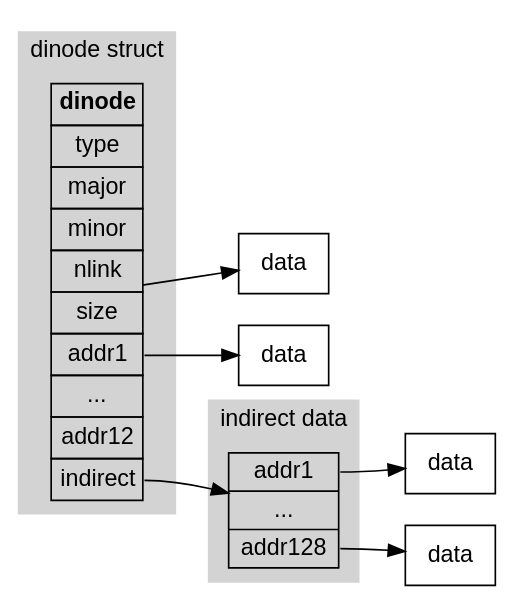
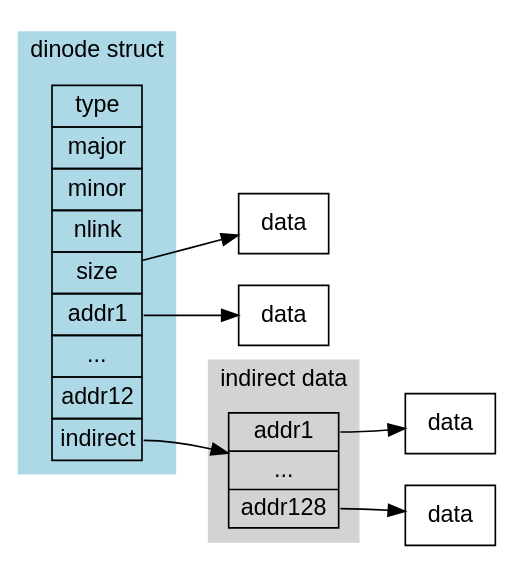
One commit to Jeanhwea/xv6-course changed the diagram in img/dinode.dot. Above: the diagram before and after it, drawn with Graphviz.

Commit message:
timestamp: 2023-12-01 21:35:54

```diff
--- a/img/dinode.dot
+++ b/img/dinode.dot
@@ -1,74 +1,73 @@
 digraph {
   fontname="Helvetica,Arial,sans-serif"
   node [fontname="Helvetica,Arial,sans-serif"];
   edge [fontname="Helvetica,Arial,sans-serif"];
   ratio = auto
   graph [
     rankdir = "LR"
   ];
   subgraph cluster_dinode {
     label = "dinode struct"
     style = filled
-    color = lightgray
+    color = lightblue
     dinode [
       shape=plain
       label=<
         <table border="0" cellborder="1" cellspacing="0" cellpadding="4">
-          <tr><td><b>dinode</b></td></tr>
           <tr><td>type</td></tr>
           <tr><td>major</td></tr>
           <tr><td>minor</td></tr>
           <tr><td>nlink</td></tr>
           <tr><td>size</td></tr>
           <tr><td port="f1">addr1</td></tr>
           <tr><td>...</td></tr>
           <tr><td port="f1">addr12</td></tr>
           <tr><td port="f3">indirect</td></tr>
         </table>
       >
     ];
 
     // dinode:s -> dinode_text [style="invis"];
     // dinode_text [
     //   label = "dinode"
     //   shape = none
     // ];
   }
   dinode:f1 -> data01;
   data01 [
     label = "data"
     shape = "record"
   ];
   dinode:f2 -> data12;
   data12 [
     label = "data"
     shape = "record"
   ];
 
   subgraph cluster_indrnode {
     label = "indirect data"
     style = filled
     color = lightgray
     indrnode [
       label = "<f1>addr1|...|<f2>addr128"
       shape = "record"
     ];
     dinode:f3 -> indrnode;
     // indrnode:s -> indrnode0 [style="invis"];
     // indrnode0 [
     //   label = "indirect data"
     //   shape = none
     // ];
   }
 
   indrnode:f1 -> idata01;
   idata01 [
     label = "data"
     shape = "record"
   ];
   indrnode:f2 -> idata128;
   idata128 [
     label = "data"
     shape = "record"
   ];
 }
```
